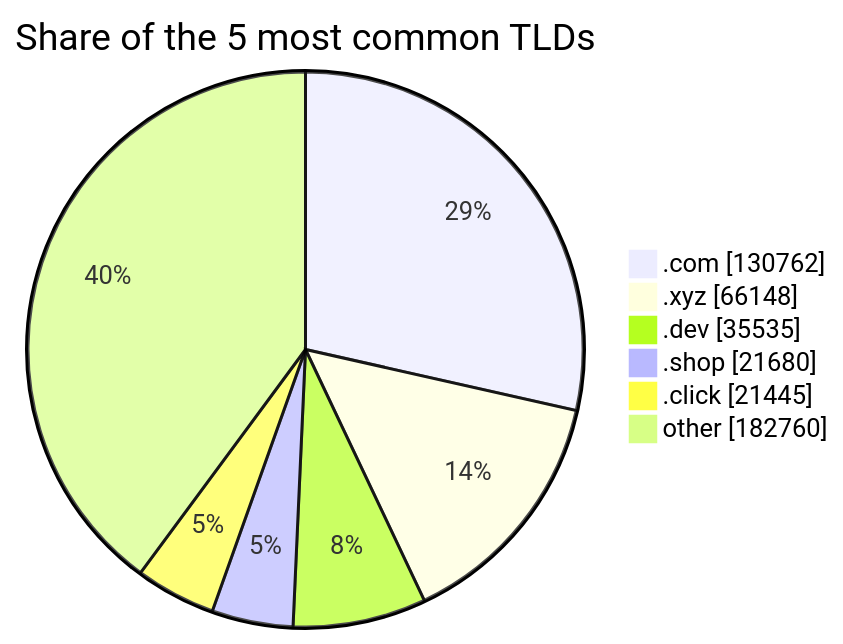
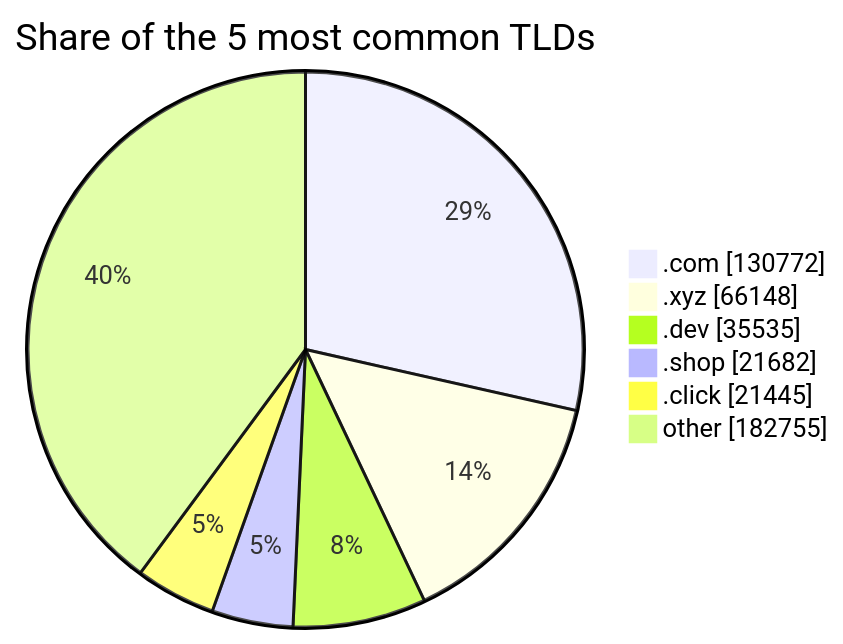
Before and after one commit to DNSBunker/CTI: the third of 3 diagrams in README.md, drawn with Mermaid. The commit also changed other lines of this file and 3 other files, not shown here.

````diff
--- a/README.md
+++ b/README.md
@@ -81,9 +81,9 @@
 ```mermaid
 pie showData title Share of the 5 most common TLDs
-    ".com" : 130762
+    ".com" : 130772
     ".xyz" : 66148
     ".dev" : 35535
-    ".shop" : 21680
+    ".shop" : 21682
     ".click" : 21445
-    "other" : 182760
+    "other" : 182755
 ```
````
